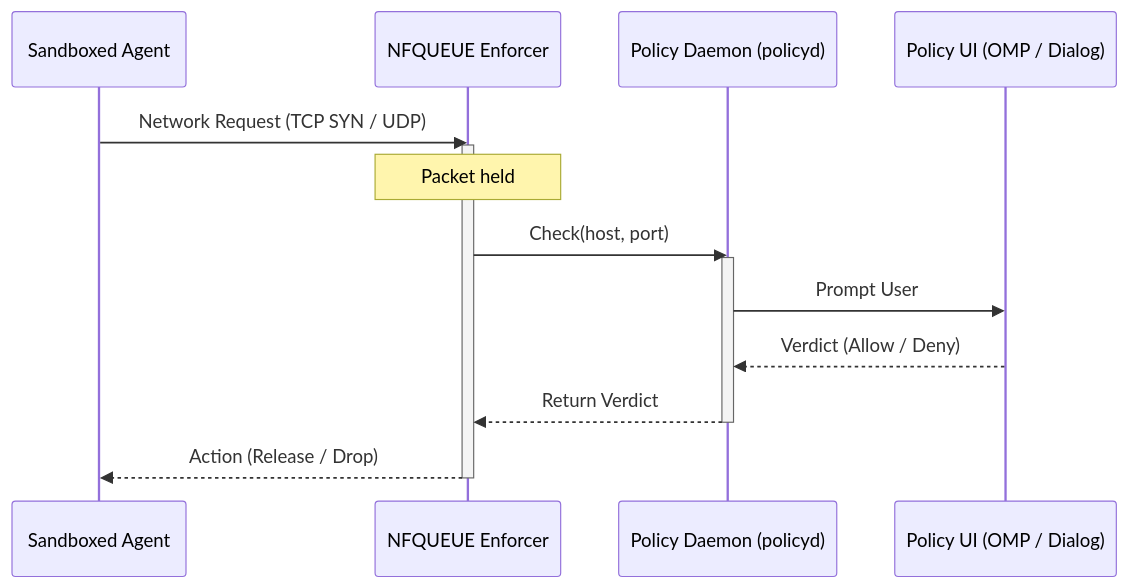
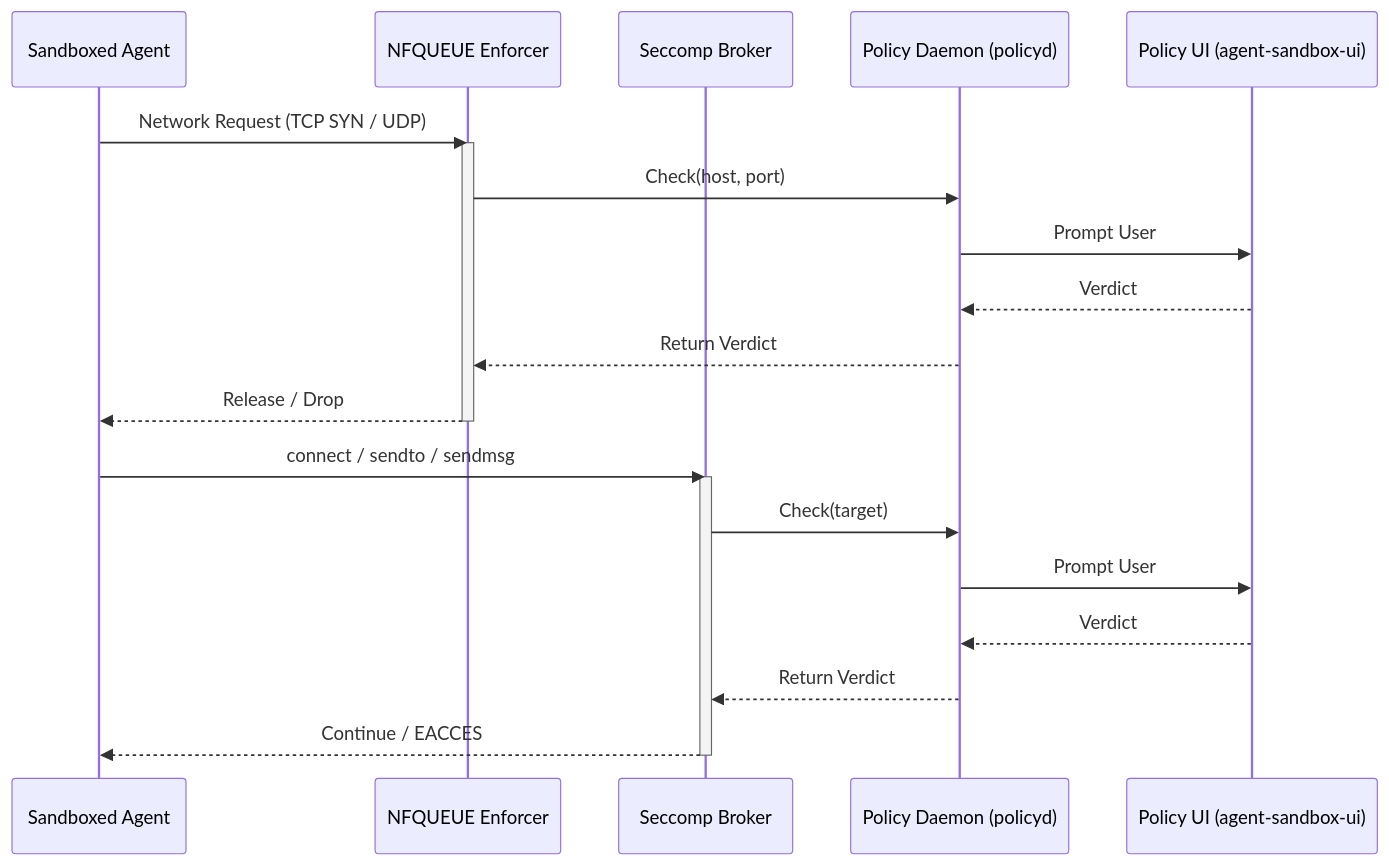
The diagram in README.md (tdortman/agent-sandbox), drawn with Mermaid before and after one commit. The commit also changed other lines of this file and 23 other files, not shown here.

First line of the commit message:
refactor: drop OMP UI routing

````diff
--- a/README.md
+++ b/README.md
@@ -9,19 +15,26 @@
 ```mermaid
 sequenceDiagram
     participant Agent as Sandboxed Agent
     participant NFQ as NFQUEUE Enforcer
+    participant SEC as Seccomp Broker
     participant Daemon as Policy Daemon (policyd)
-    participant UI as Policy UI (OMP / Dialog)
+    participant UI as Policy UI (agent-sandbox-ui)
 
     Agent->>NFQ: Network Request (TCP SYN / UDP)
     activate NFQ
-    Note over NFQ: Packet held
     NFQ->>Daemon: Check(host, port)
-    activate Daemon
     Daemon->>UI: Prompt User
-    UI-->>Daemon: Verdict (Allow / Deny)
+    UI-->>Daemon: Verdict
     Daemon-->>NFQ: Return Verdict
-    deactivate Daemon
-    NFQ-->>Agent: Action (Release / Drop)
+    NFQ-->>Agent: Release / Drop
     deactivate NFQ
+
+    Agent->>SEC: connect / sendto / sendmsg
+    activate SEC
+    SEC->>Daemon: Check(target)
+    Daemon->>UI: Prompt User
+    UI-->>Daemon: Verdict
+    Daemon-->>SEC: Return Verdict
+    SEC-->>Agent: Continue / EACCES
+    deactivate SEC
 ```
````
